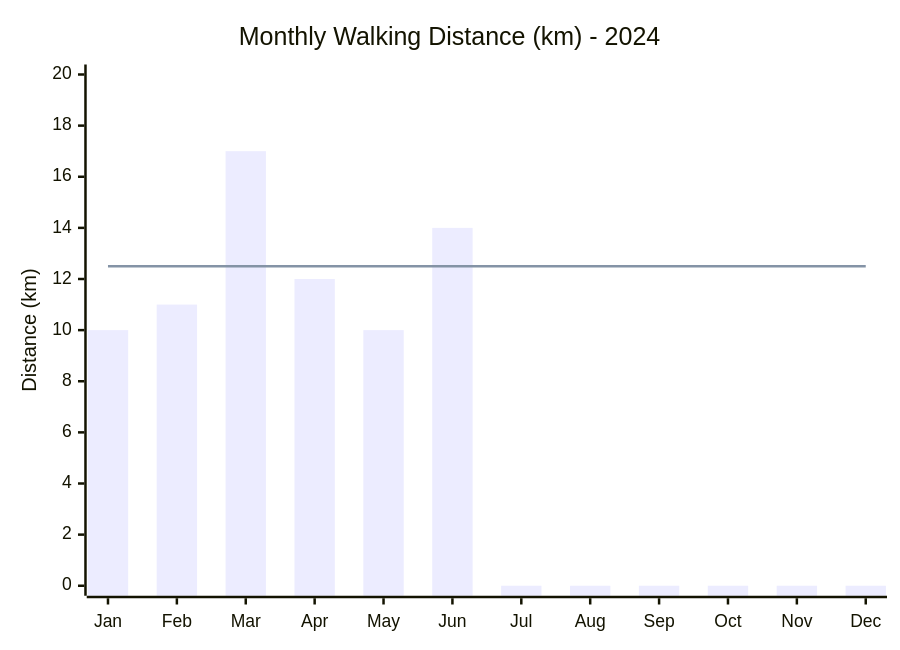
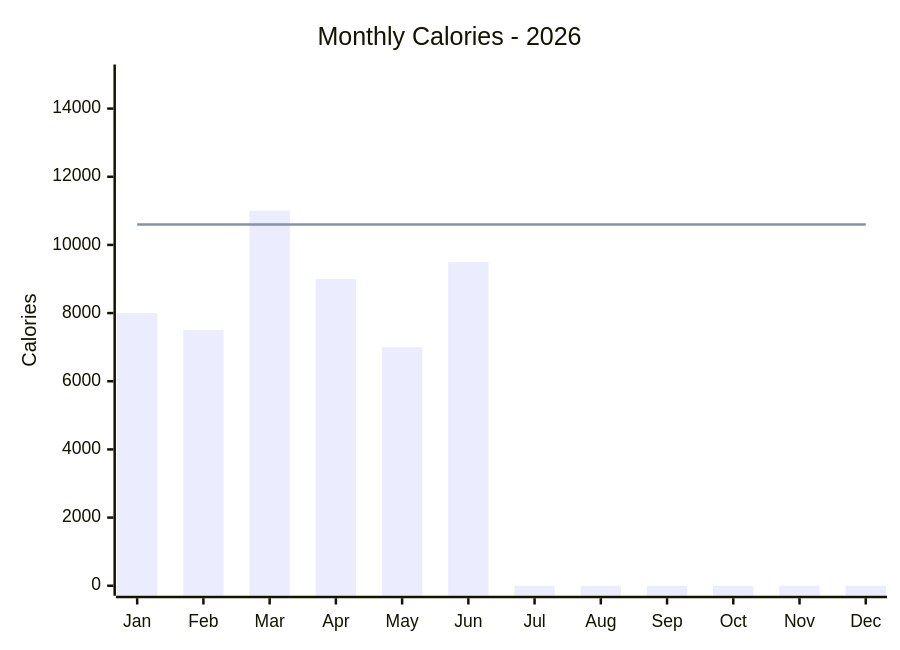
The seventh of 10 diagrams in docs/project_analysis.md (ilhaminudin24/ITDigital-wellbeing), drawn with Mermaid before and after one commit. The commit also changed other lines of this file and 8 other files, not shown here.

````diff
--- a/docs/project_analysis.md
+++ b/docs/project_analysis.md
@@ -377,8 +381,8 @@
 ```mermaid
 xychart-beta
-    title "Monthly Walking Distance (km) - 2024"
+    title "Monthly Calories - 2026"
     x-axis [Jan, Feb, Mar, Apr, May, Jun, Jul, Aug, Sep, Oct, Nov, Dec]
-    y-axis "Distance (km)" 0 --> 20
-    bar [10, 11, 17, 12, 10, 14, 0, 0, 0, 0, 0, 0]
-    line [12.5, 12.5, 12.5, 12.5, 12.5, 12.5, 12.5, 12.5, 12.5, 12.5, 12.5, 12.5]
+    y-axis "Calories" 0 --> 15000
+    bar [8000, 7500, 11000, 9000, 7000, 9500, 0, 0, 0, 0, 0, 0]
+    line [10600, 10600, 10600, 10600, 10600, 10600, 10600, 10600, 10600, 10600, 10600, 10600]
 ```
````
